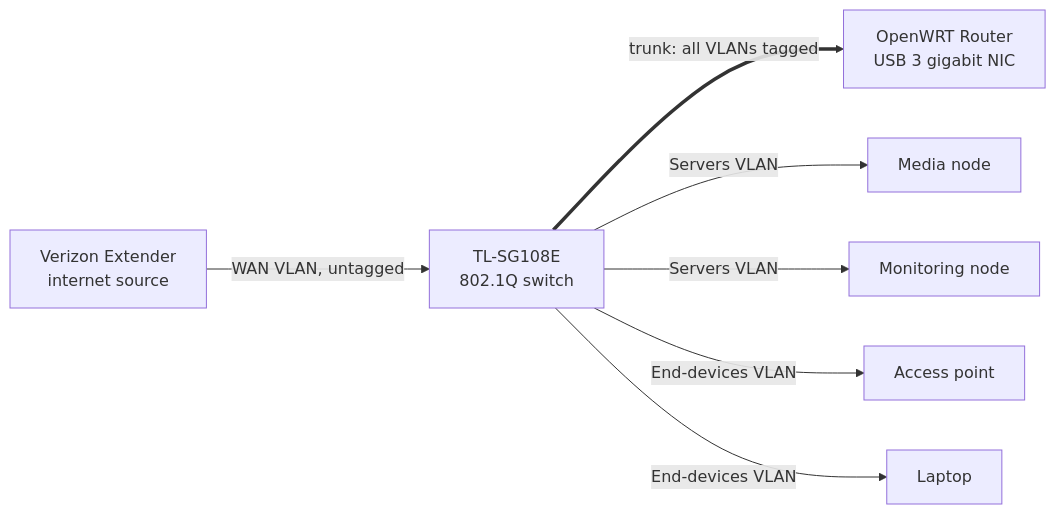
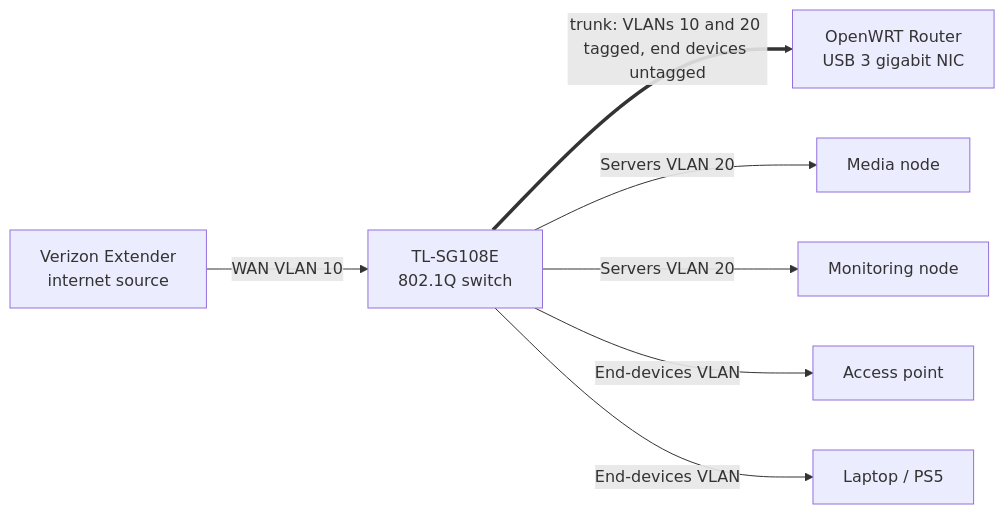
One commit to jjlocke2004/homelab-infrastructure changed the diagram in docs/router-openwrt.md. Above: the diagram before and after it, drawn with Mermaid. The commit also changed other lines of this file and 4 other files, not shown here.

Commit message:
Add images of OpenWRT Dash to router-openwrt.md

````diff
--- a/docs/router-openwrt.md
+++ b/docs/router-openwrt.md
@@ -23,9 +24,9 @@
 ```mermaid
 flowchart LR
-    EXT[Verizon Extender<br/>internet source] -- WAN VLAN, untagged --> SW
-    SW[TL-SG108E<br/>802.1Q switch] == trunk: all VLANs tagged ==> R[OpenWRT Router<br/>USB 3 gigabit NIC]
-    SW -- Servers VLAN --> S1[Media node]
-    SW -- Servers VLAN --> S2[Monitoring node]
+    EXT[Verizon Extender<br/>internet source] -- WAN VLAN 10 --> SW
+    SW[TL-SG108E<br/>802.1Q switch] == trunk: VLANs 10 and 20 tagged, end devices untagged ==> R[OpenWRT Router<br/>USB 3 gigabit NIC]
+    SW -- Servers VLAN 20 --> S1[Media node]
+    SW -- Servers VLAN 20 --> S2[Monitoring node]
     SW -- End-devices VLAN --> AP[Access point]
-    SW -- End-devices VLAN --> L[Laptop]
+    SW -- End-devices VLAN --> L[Laptop / PS5]
 ```
````
